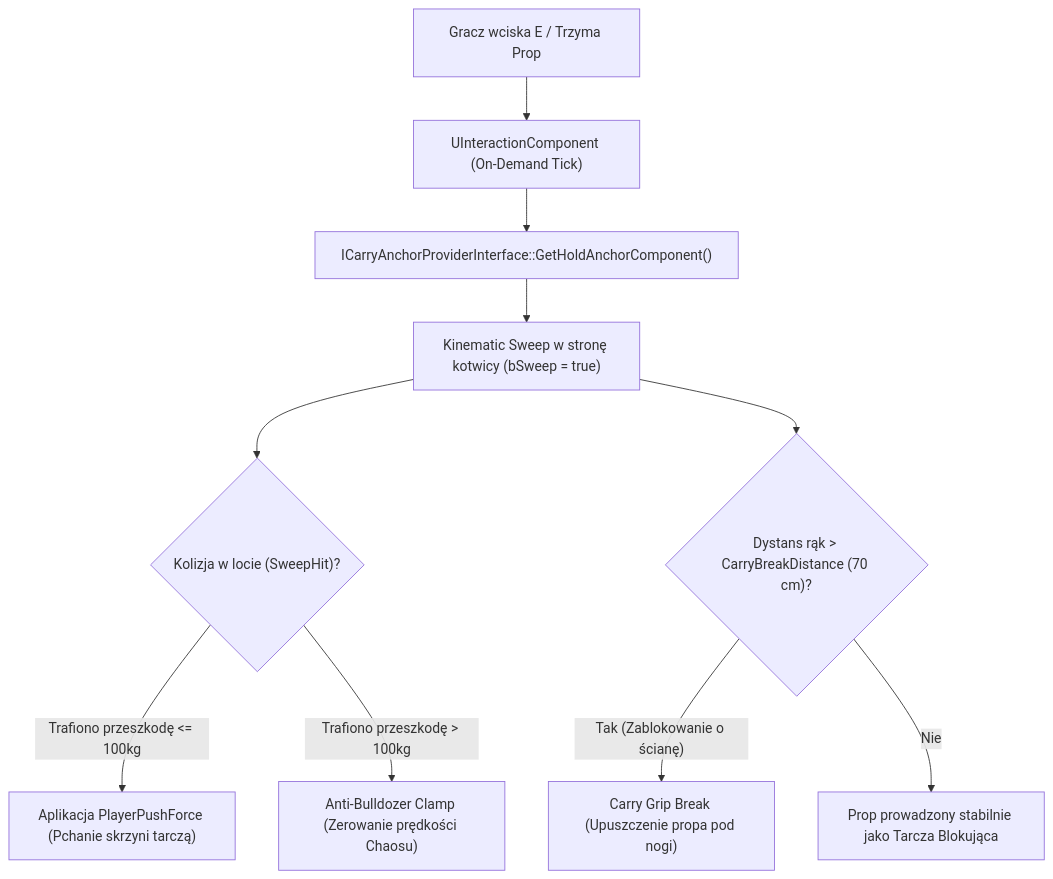
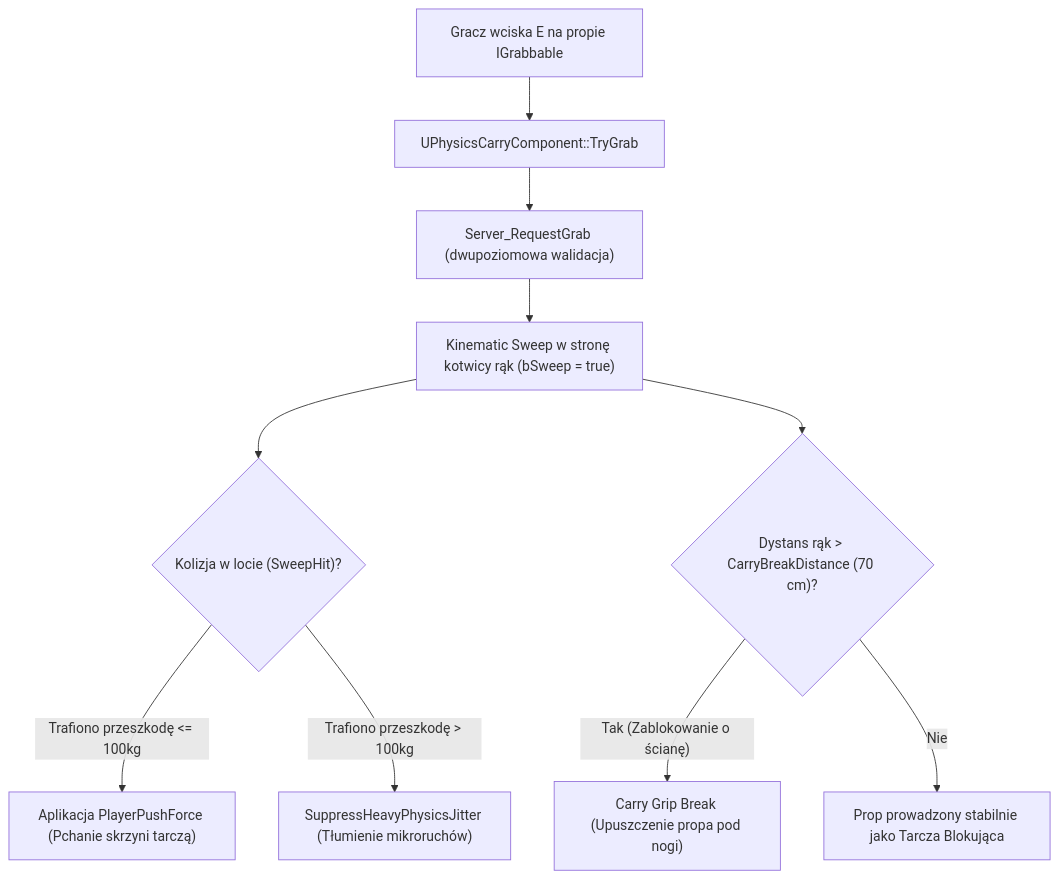
Before and after one commit to MoistAbes/DungeonCrawler: the second of 2 diagrams in .context/ARCHITECTURE.md, drawn with Mermaid. The commit also changed other lines of this file and 2 other files, not shown here.

````diff
--- a/.context/ARCHITECTURE.md
+++ b/.context/ARCHITECTURE.md
@@ -150,12 +159,12 @@
 ```mermaid
 flowchart TD
-    A["Gracz wciska E / Trzyma Prop"] --> B["UInteractionComponent (On-Demand Tick)"]
-    B --> C["ICarryAnchorProviderInterface::GetHoldAnchorComponent()"]
-    C --> D["Kinematic Sweep w stronę kotwicy (bSweep = true)"]
+    A["Gracz wciska E na propie IGrabbable"] --> B["UPhysicsCarryComponent::TryGrab"]
+    B --> C["Server_RequestGrab (dwupoziomowa walidacja)"]
+    C --> D["Kinematic Sweep w stronę kotwicy rąk (bSweep = true)"]
     D --> E{"Kolizja w locie (SweepHit)?"}
     E -- "Trafiono przeszkodę <= 100kg" --> F["Aplikacja PlayerPushForce (Pchanie skrzyni tarczą)"]
-    E -- "Trafiono przeszkodę > 100kg" --> G["Anti-Bulldozer Clamp (Zerowanie prędkości Chaosu)"]
+    E -- "Trafiono przeszkodę > 100kg" --> G["SuppressHeavyPhysicsJitter (Tłumienie mikroruchów)"]
     D --> H{"Dystans rąk > CarryBreakDistance (70 cm)?"}
     H -- "Tak (Zablokowanie o ścianę)" --> I["Carry Grip Break (Upuszczenie propa pod nogi)"]
     H -- "Nie" --> J["Prop prowadzony stabilnie jako Tarcza Blokująca"]
 ```
````
